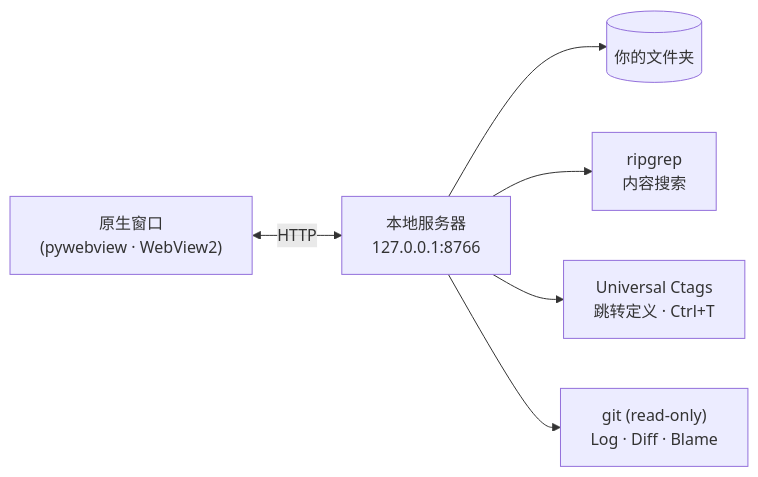
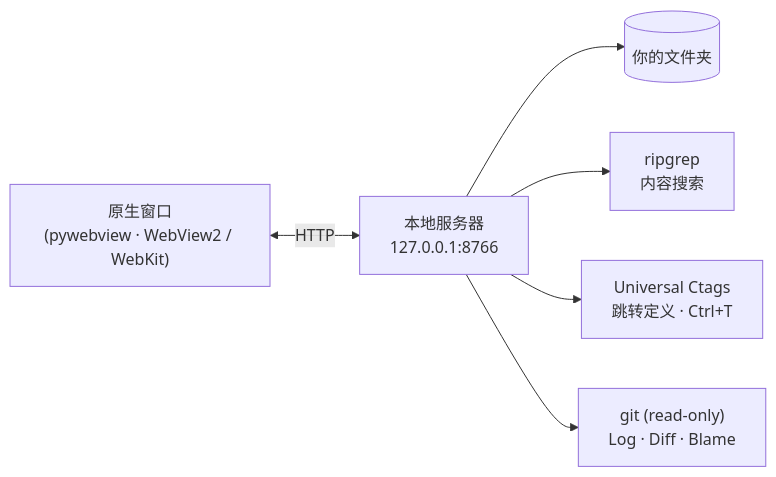
Before and after one commit to dongliquan/ReadO: the diagram in README.zh.md, drawn with Mermaid. The commit also changed other lines of this file and 16 other files, not shown here.

Commit message:
macOS support: WebKit window, Finder/Trash, build_mac.sh, mac ripgrep, CI and release for mac; README mentions macOS

````diff
--- a/README.zh.md
+++ b/README.zh.md
@@ -21,8 +21,8 @@
 ```mermaid
 flowchart LR
-  W["原生窗口<br/>(pywebview · WebView2)"] <-->|HTTP| S["本地服务器<br/>127.0.0.1:8766"]
+  W["原生窗口<br/>(pywebview · WebView2 / WebKit)"] <-->|HTTP| S["本地服务器<br/>127.0.0.1:8766"]
   S --> F[("你的文件夹")]
   S --> R["ripgrep<br/>内容搜索"]
   S --> C["Universal Ctags<br/>跳转定义 · Ctrl+T"]
   S --> G["git (read-only)<br/>Log · Diff · Blame"]
 ```
````
